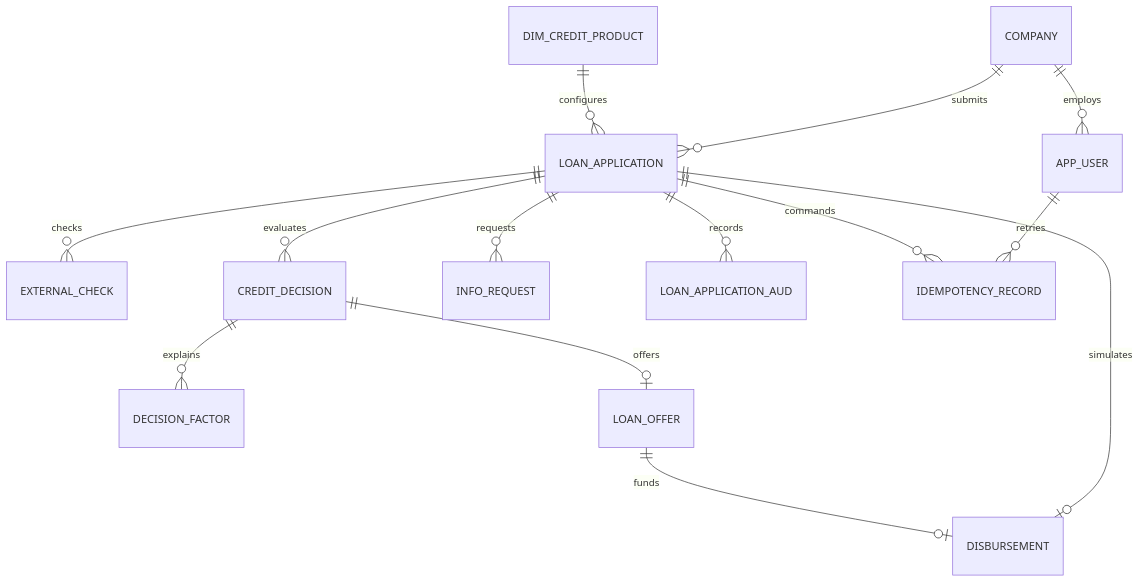
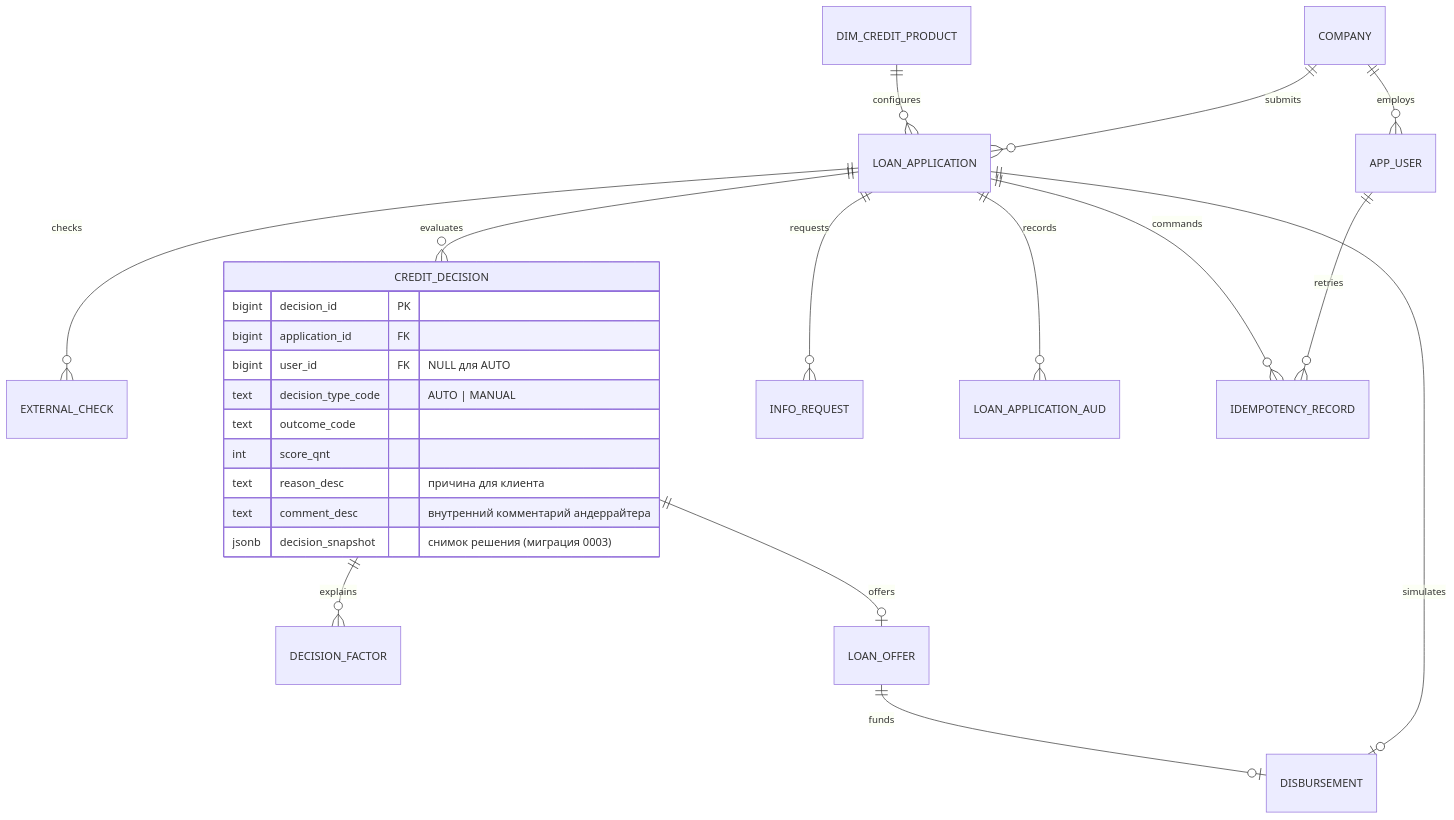
The diagram in docs/data-model.md (mivlabs/personal-credit-account), drawn with Mermaid before and after one commit. The commit also changed other lines of this file and 19 other files, not shown here.

First line of the commit message:
feat(decision): снимок решения (1.2), decisionExplanation для клиента, переопределение лимита (1.3)

````diff
--- a/docs/data-model.md
+++ b/docs/data-model.md
@@ -8,16 +8,27 @@
 ```mermaid
 erDiagram
     COMPANY ||--o{ APP_USER : employs
     COMPANY ||--o{ LOAN_APPLICATION : submits
     DIM_CREDIT_PRODUCT ||--o{ LOAN_APPLICATION : configures
     LOAN_APPLICATION ||--o{ EXTERNAL_CHECK : checks
     LOAN_APPLICATION ||--o{ CREDIT_DECISION : evaluates
     CREDIT_DECISION ||--o{ DECISION_FACTOR : explains
     CREDIT_DECISION ||--o| LOAN_OFFER : offers
     LOAN_APPLICATION ||--o{ INFO_REQUEST : requests
     LOAN_APPLICATION ||--o{ LOAN_APPLICATION_AUD : records
     APP_USER ||--o{ IDEMPOTENCY_RECORD : retries
     LOAN_APPLICATION ||--o{ IDEMPOTENCY_RECORD : commands
     LOAN_APPLICATION ||--o| DISBURSEMENT : simulates
     LOAN_OFFER ||--o| DISBURSEMENT : funds
+    CREDIT_DECISION {
+        bigint decision_id PK
+        bigint application_id FK
+        bigint user_id FK "NULL для AUTO"
+        text decision_type_code "AUTO | MANUAL"
+        text outcome_code
+        int score_qnt
+        text reason_desc "причина для клиента"
+        text comment_desc "внутренний комментарий андеррайтера"
+        jsonb decision_snapshot "снимок решения (миграция 0003)"
+    }
 ```
````
